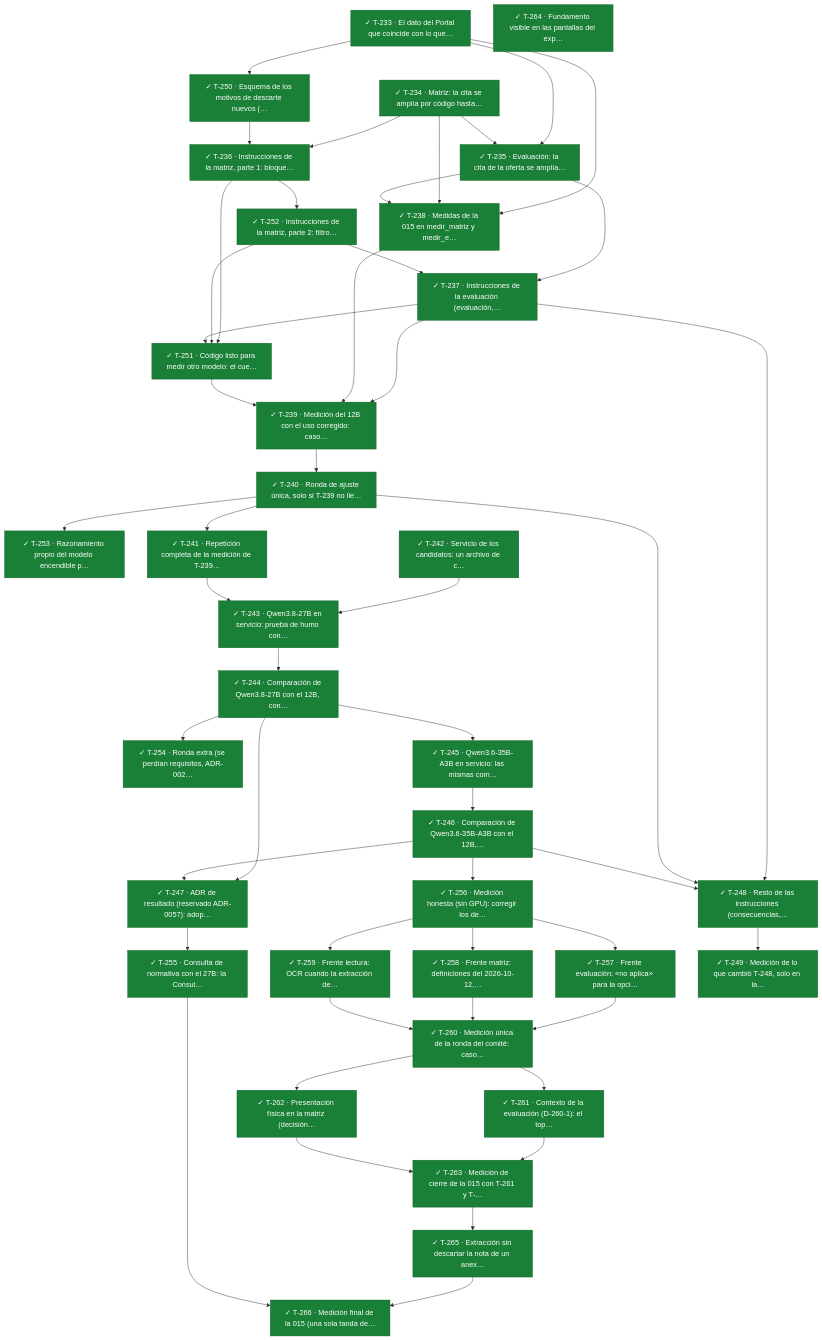
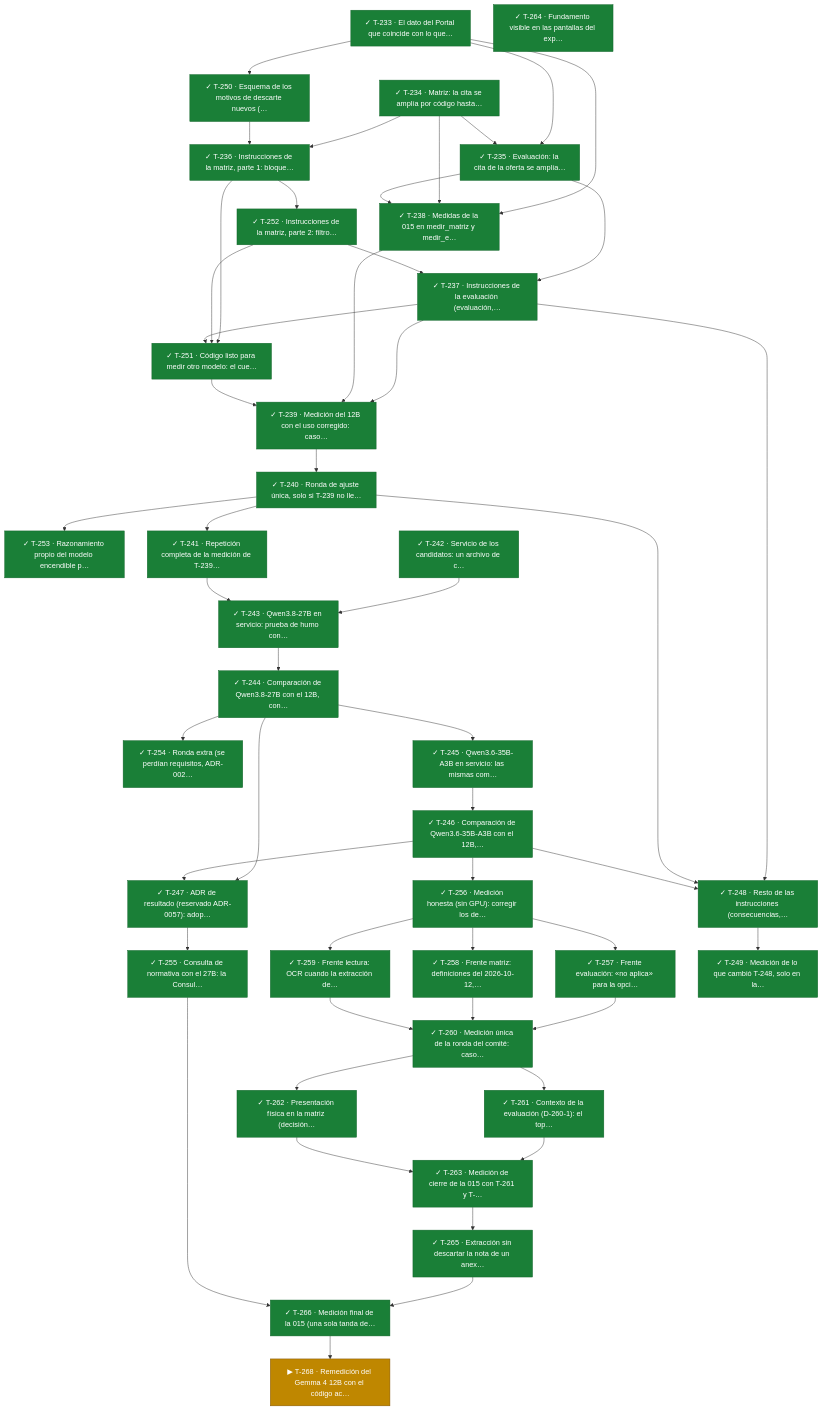
Diagram 17 of 17 in docs/tablero.md (snavello/EVALUON), drawn with Mermaid before and after one commit. The commit also changed other lines of this file and 3 other files, not shown here.

Commit message:
gestión: ADR-0059 aceptado en versión corta, decisiones del 2026-10-14 y T-268 (remedición del 12B) con su umbral

```diff
--- a/docs/tablero.md
+++ b/docs/tablero.md
@@ -1358,6 +1359,7 @@
   T264["✓ T-264 · Fundamento visible en las pantallas del exp…"]:::done
   T265["✓ T-265 · Extracción sin descartar la nota de un anex…"]:::done
   T266["✓ T-266 · Medición final de la 015 (una sola tanda de…"]:::done
+  T268["▶ T-268 · Remedición del Gemma 4 12B con el código ac…"]:::active
   T237["✓ T-237 · Instrucciones de la evaluación (evaluación,…"]:::done
   T251["✓ T-251 · Código listo para medir otro modelo: el cue…"]:::done
   T238["✓ T-238 · Medidas de la 015 en medir_matriz y medir_e…"]:::done
@@ -1395,6 +1397,7 @@
   T263 --> T265
   T265 --> T266
   T255 --> T266
+  T266 --> T268
   T235 --> T237
   T252 --> T237
   T236 --> T251
```
